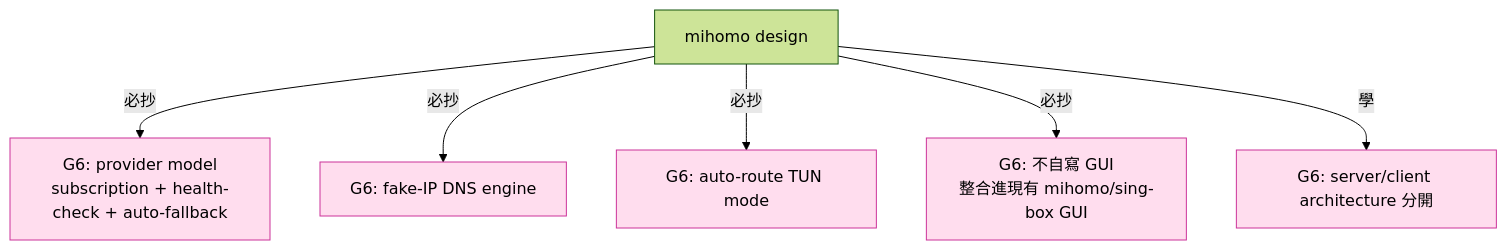
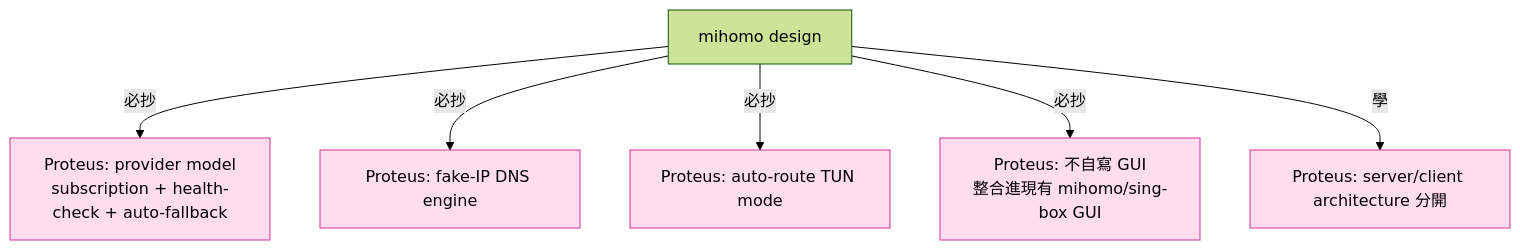
One commit to Icarus603/network-from-scratch changed the fifth of 6 diagrams in lessons/part-7-proxy-protocols/7.16-mihomo-source-overview.md. Above: the diagram before and after it, drawn with Mermaid (forest theme). The commit also changed other lines of this file and 300 other files, not shown here.

````diff
--- a/lessons/part-7-proxy-protocols/7.16-mihomo-source-overview.md
+++ b/lessons/part-7-proxy-protocols/7.16-mihomo-source-overview.md
@@ -538,12 +538,12 @@
 ```mermaid
 flowchart TD
     MIHO[mihomo design]
-    MIHO -- 必抄 --> G_PROV[G6: provider model<br/>subscription + health-check + auto-fallback]
-    MIHO -- 必抄 --> G_FAKEIP[G6: fake-IP DNS engine]
-    MIHO -- 必抄 --> G_AUTOROUTE[G6: auto-route TUN mode]
-    MIHO -- 必抄 --> G_GUI[G6: 不自寫 GUI<br/>整合進現有 mihomo/sing-box GUI]
-    MIHO -- 學 --> G_SPLIT[G6: server/client architecture 分開]
+    MIHO -- 必抄 --> G_PROV[Proteus: provider model<br/>subscription + health-check + auto-fallback]
+    MIHO -- 必抄 --> G_FAKEIP[Proteus: fake-IP DNS engine]
+    MIHO -- 必抄 --> G_AUTOROUTE[Proteus: auto-route TUN mode]
+    MIHO -- 必抄 --> G_GUI[Proteus: 不自寫 GUI<br/>整合進現有 mihomo/sing-box GUI]
+    MIHO -- 學 --> G_SPLIT[Proteus: server/client architecture 分開]
 
     classDef ours fill:#fde,stroke:#c39
     class G_PROV,G_FAKEIP,G_AUTOROUTE,G_GUI,G_SPLIT ours
 ```
````
